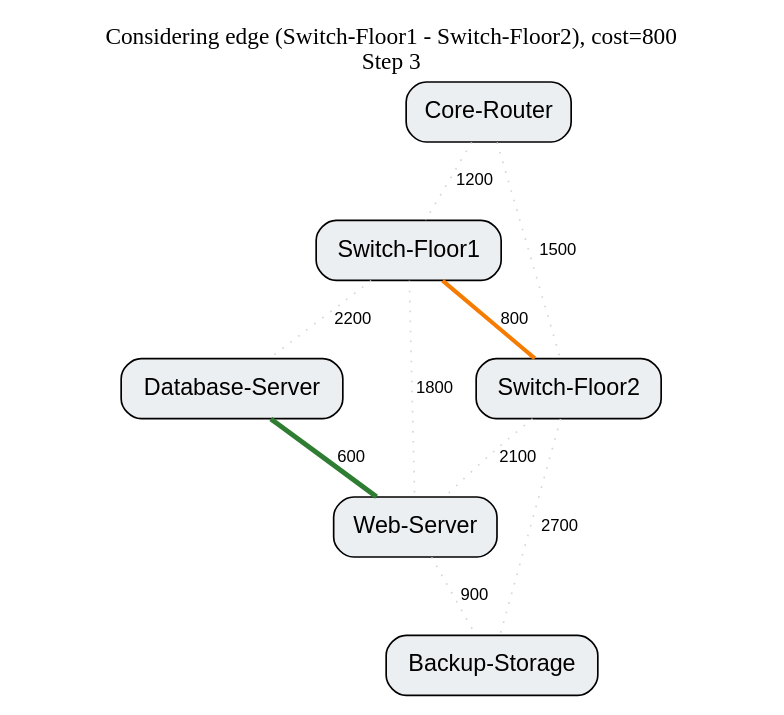
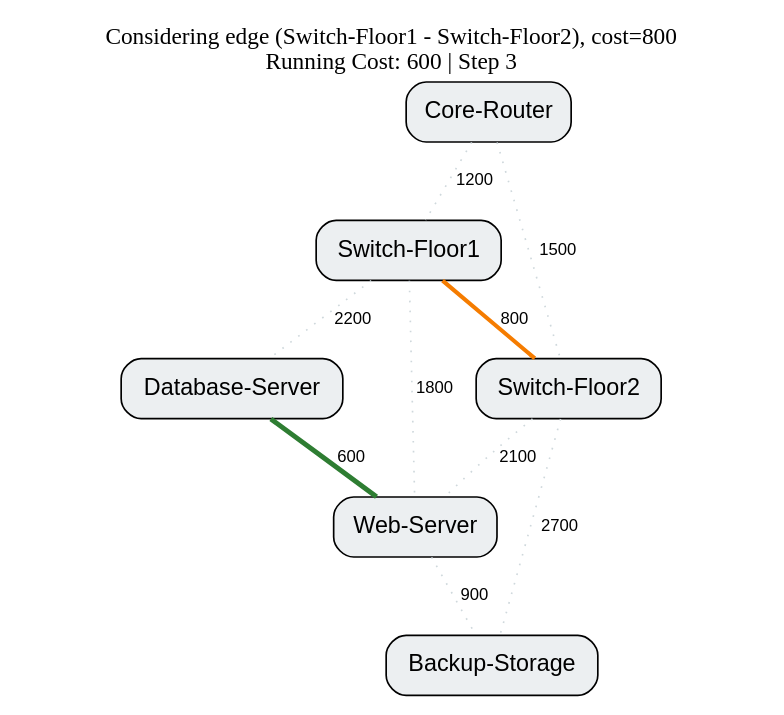
The diagram in docs/results/replay_frames/frame_003.dot (bariiqmalik/netopt), drawn with Graphviz before and after one commit. The commit also changed 64 other files, not shown here.

Commit message:
fix(replay): self-contained rendered HTML with graceful Graphviz fallback

```diff
--- a/docs/results/replay_frames/frame_003.dot
+++ b/docs/results/replay_frames/frame_003.dot
@@ -1,23 +1,23 @@
 graph Frame {
-  label="Considering edge (Switch-Floor1 - Switch-Floor2), cost=800\nStep 3";
+  label="Considering edge (Switch-Floor1 - Switch-Floor2), cost=800\nRunning Cost: 600 | Step 3";
   labelloc="t";
   node [shape=box, style="filled,rounded", fillcolor="#ECEFF1", fontname="Helvetica"];
   edge [fontname="Helvetica", fontsize=10];
 
   1 [label="Core-Router"];
   2 [label="Switch-Floor1"];
   3 [label="Switch-Floor2"];
   4 [label="Database-Server"];
   5 [label="Web-Server"];
   6 [label="Backup-Storage"];
 
   1 -- 2 [label="1200", color="#CFD8DC", style="dotted"];
   1 -- 3 [label="1500", color="#CFD8DC", style="dotted"];
   2 -- 3 [label="800", color="#F57C00", penwidth=2.5];
   2 -- 4 [label="2200", color="#CFD8DC", style="dotted"];
   2 -- 5 [label="1800", color="#CFD8DC", style="dotted"];
   3 -- 5 [label="2100", color="#CFD8DC", style="dotted"];
   3 -- 6 [label="2700", color="#CFD8DC", style="dotted"];
   4 -- 5 [label="600", color="#2E7D32", penwidth=3.0];
   5 -- 6 [label="900", color="#CFD8DC", style="dotted"];
 }
```
